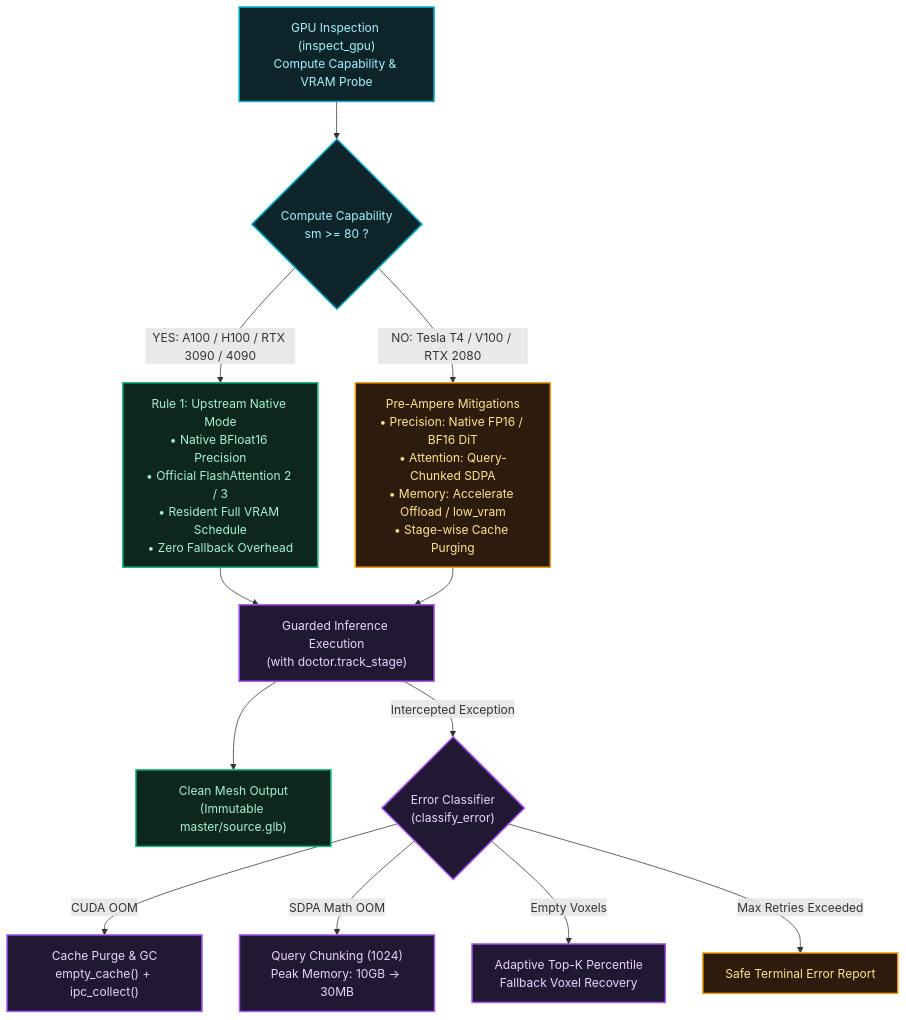
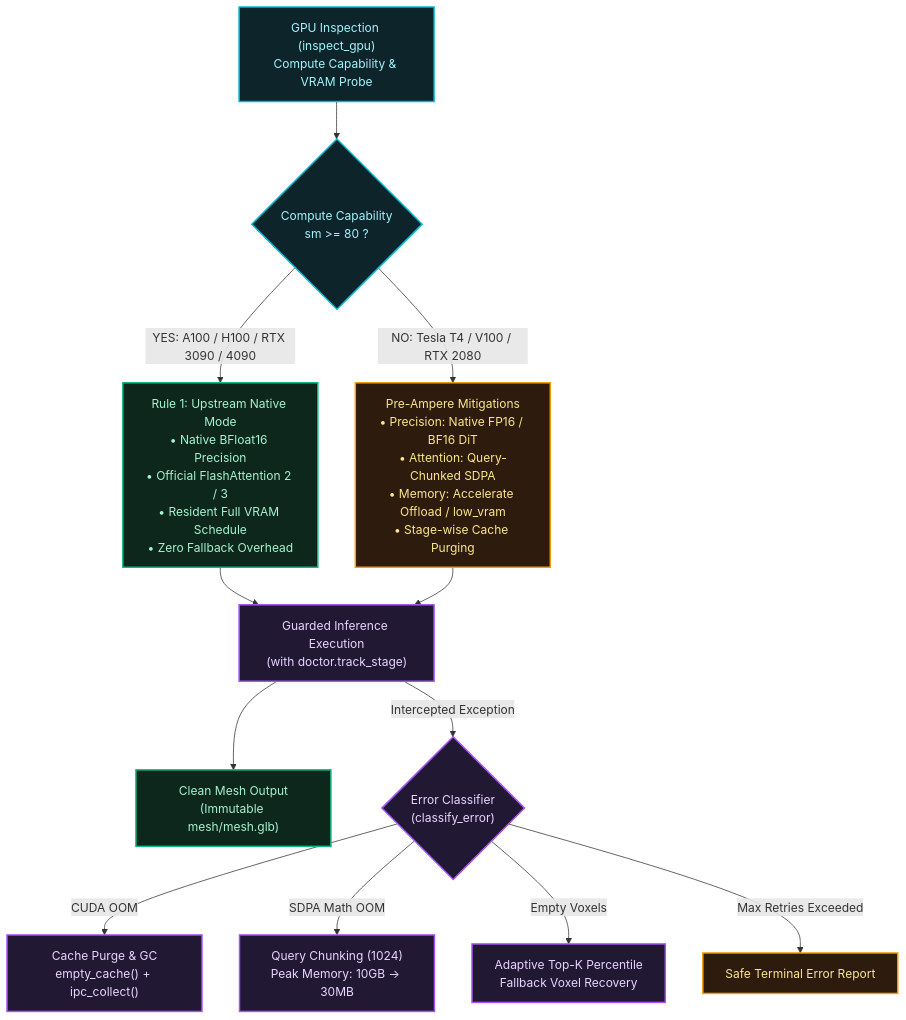
The third of 3 diagrams in README.md (Silentzx2/ForMesh3D), drawn with Mermaid before and after one commit. The commit also changed other lines of this file and 20 other files, not shown here.

````diff
--- a/README.md
+++ b/README.md
@@ -253,27 +253,27 @@
 ```mermaid
 flowchart TD
     %% Styling Definitions
     classDef modern fill:#0d271c,stroke:#10b981,stroke-width:2px,color:#a7f3d0;
     classDef preAmpere fill:#2d1b0d,stroke:#f59e0b,stroke-width:2px,color:#fde68a;
     classDef core fill:#0d242a,stroke:#06b6d4,stroke-width:2px,color:#a5f3fc;
     classDef action fill:#211833,stroke:#a855f7,stroke-width:2px,color:#e9d5ff;
 
     GPU["GPU Inspection (inspect_gpu)<br/>Compute Capability & VRAM Probe"]:::core
     DECISION{"Compute Capability<br/>sm >= 80 ?"}:::core
 
     GPU --> DECISION
     DECISION -->|YES: A100 / H100 / RTX 3090 / 4090| MODERN["Rule 1: Upstream Native Mode<br/>• Native BFloat16 Precision<br/>• Official FlashAttention 2 / 3<br/>• Resident Full VRAM Schedule<br/>• Zero Fallback Overhead"]:::modern
 
     DECISION -->|NO: Tesla T4 / V100 / RTX 2080| PRE["Pre-Ampere Mitigations<br/>• Precision: Native FP16 / BF16 DiT<br/>• Attention: Query-Chunked SDPA<br/>• Memory: Accelerate Offload / low_vram<br/>• Stage-wise Cache Purging"]:::preAmpere
 
     MODERN --> EXEC["Guarded Inference Execution<br/>(with doctor.track_stage)"]:::action
     PRE --> EXEC
 
-    EXEC --> OK["Clean Mesh Output<br/>(Immutable master/source.glb)"]:::modern
+    EXEC --> OK["Clean Mesh Output<br/>(Immutable mesh/mesh.glb)"]:::modern
     EXEC -->|Intercepted Exception| ERR{"Error Classifier<br/>(classify_error)"}:::action
 
     ERR -->|CUDA OOM| REC1["Cache Purge & GC<br/>empty_cache() + ipc_collect()"]:::action
     ERR -->|SDPA Math OOM| REC2["Query Chunking (1024)<br/>Peak Memory: 10GB -> 30MB"]:::action
     ERR -->|Empty Voxels| REC3["Adaptive Top-K Percentile<br/>Fallback Voxel Recovery"]:::action
     ERR -->|Max Retries Exceeded| FAIL["Safe Terminal Error Report"]:::preAmpere
 ```
````
